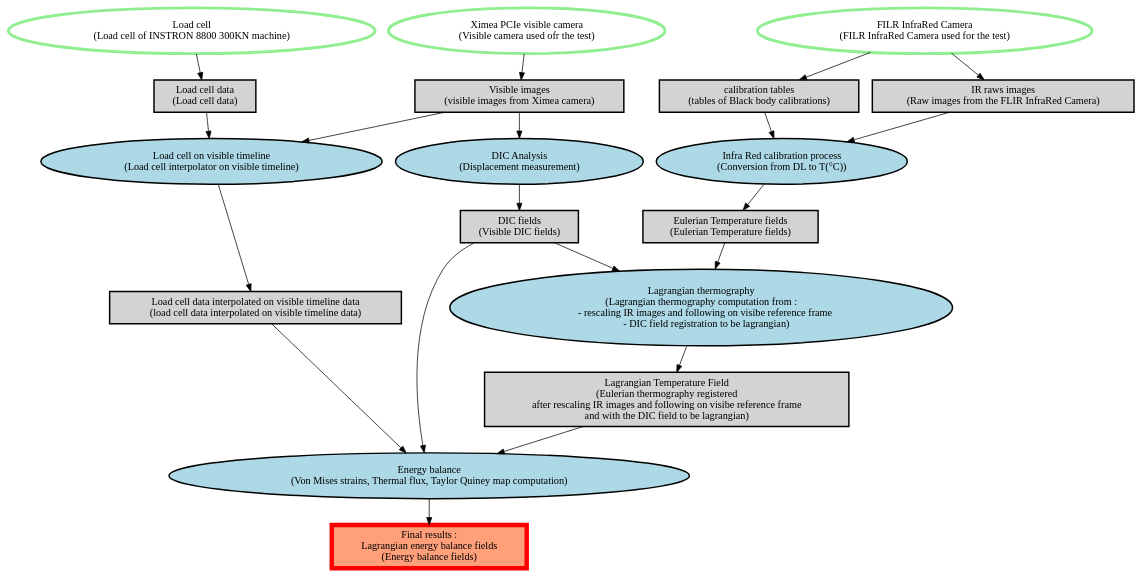
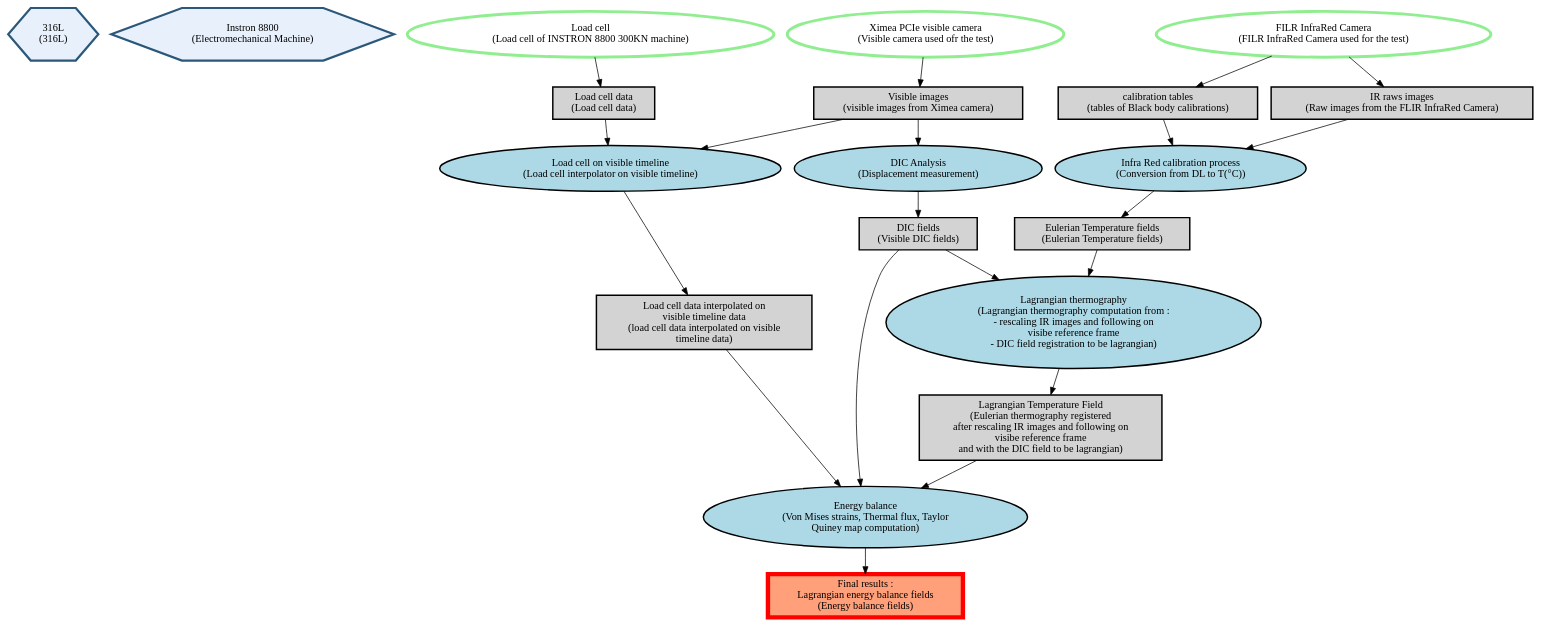
Before and after one commit to jeffwitz/R3XA_API: the diagram in examples/artifacts/baseline_qi/graph_qi.dot, drawn with Graphviz. The commit also changed 52 other files, not shown here.

Commit message:
feat(schema): complete 2026.9.8 API integration

```diff
--- a/examples/artifacts/baseline_qi/graph_qi.dot
+++ b/examples/artifacts/baseline_qi/graph_qi.dot
@@ -1,62 +1,71 @@
 // R3XA graph
 digraph {
 	node [margin="0.2,0.1"]
+	sample [label="316L
+(316L)" color="#2b587a" fillcolor="#e8f1fb" penwidth=3 shape=hexagon style=filled]
+	settings_Instron_tensile_test [label="Instron 8800
+(Electromechanical Machine)" color="#2b587a" fillcolor="#e8f1fb" penwidth=3 shape=hexagon style=filled]
 	camera_IR [label="FILR InfraRed Camera
 (FILR InfraRed Camera used for the test)" color=lightgreen fillcolor=white penwidth=4 shape=ellipse style=filled]
 	camera_visible [label="Ximea PCIe visible camera
 (Visible camera used ofr the test)" color=lightgreen fillcolor=white penwidth=4 shape=ellipse style=filled]
 	load_cell [label="Load cell
 (Load cell of INSTRON 8800 300KN machine)" color=lightgreen fillcolor=white penwidth=4 shape=ellipse style=filled]
 	load_cell_visible_timeline [label="Load cell on visible timeline
 (Load cell interpolator on visible timeline)" color=black fillcolor=lightblue penwidth=2 shape=ellipse style=filled]
 	calibration_IR [label="Infra Red calibration process
 (Conversion from DL to T(°C))" color=black fillcolor=lightblue penwidth=2 shape=ellipse style=filled]
 	dic [label="DIC Analysis
 (Displacement measurement)" color=black fillcolor=lightblue penwidth=2 shape=ellipse style=filled]
 	lagrangian_thermography [label="Lagrangian thermography
 (Lagrangian thermography computation from :
-    - rescaling IR images and following on visibe reference frame
-     - DIC field registration to be lagrangian)" color=black fillcolor=lightblue penwidth=2 shape=ellipse style=filled]
+- rescaling IR images and following on
+visibe reference frame
+- DIC field registration to be lagrangian)" color=black fillcolor=lightblue penwidth=2 shape=ellipse style=filled]
 	energy_balance [label="Energy balance
-(Von Mises strains, Thermal flux, Taylor Quiney map computation)" color=black fillcolor=lightblue penwidth=2 shape=ellipse style=filled]
+(Von Mises strains, Thermal flux, Taylor
+Quiney map computation)" color=black fillcolor=lightblue penwidth=2 shape=ellipse style=filled]
 	IR_raws [label="IR raws images
 (Raw images from the FLIR InfraRed Camera)" color=black fillcolor=lightgrey penwidth=2 shape=box style=filled]
 	calibration_tables [label="calibration tables
 (tables of Black body calibrations)" color=black fillcolor=lightgrey penwidth=2 shape=box style=filled]
 	dic_fields [label="DIC fields
 (Visible DIC fields)" color=black fillcolor=lightgrey penwidth=2 shape=box style=filled]
 	load_cell_data [label="Load cell data
 (Load cell data)" color=black fillcolor=lightgrey penwidth=2 shape=box style=filled]
 	visible_images [label="Visible images
 (visible images from Ximea camera)" color=black fillcolor=lightgrey penwidth=2 shape=box style=filled]
-	load_cell_data_interp_visible_timeline_data [label="Load cell data interpolated on visible timeline data
-(load cell data interpolated on visible timeline data)" color=black fillcolor=lightgrey penwidth=2 shape=box style=filled]
+	load_cell_data_interp_visible_timeline_data [label="Load cell data interpolated on
+visible timeline data
+(load cell data interpolated on visible
+timeline data)" color=black fillcolor=lightgrey penwidth=2 shape=box style=filled]
 	temperature_fields_eulerian [label="Eulerian Temperature fields
 (Eulerian Temperature fields)" color=black fillcolor=lightgrey penwidth=2 shape=box style=filled]
 	temperature_fields_lagrangian [label="Lagrangian Temperature Field
 (Eulerian thermography registered
-after rescaling IR images and following on visibe reference frame
+after rescaling IR images and following on
+visibe reference frame
 and with the DIC field to be lagrangian)" color=black fillcolor=lightgrey penwidth=2 shape=box style=filled]
 	energy_balance_fields [label="Final results :
 Lagrangian energy balance fields
 (Energy balance fields)" color=red fillcolor="#FFA07A" penwidth=6 shape=box style=filled]
 	load_cell_data -> load_cell_visible_timeline [color=black]
 	visible_images -> load_cell_visible_timeline [color=black]
 	IR_raws -> calibration_IR [color=black]
 	calibration_tables -> calibration_IR [color=black]
 	visible_images -> dic [color=black]
 	dic_fields -> lagrangian_thermography [color=black]
 	temperature_fields_eulerian -> lagrangian_thermography [color=black]
 	dic_fields -> energy_balance [color=black]
 	temperature_fields_lagrangian -> energy_balance [color=black]
 	load_cell_data_interp_visible_timeline_data -> energy_balance [color=black]
 	camera_IR -> IR_raws [color=black]
 	camera_IR -> calibration_tables [color=black]
 	dic -> dic_fields [color=black]
 	load_cell -> load_cell_data [color=black]
 	camera_visible -> visible_images [color=black]
 	load_cell_visible_timeline -> load_cell_data_interp_visible_timeline_data [color=black]
 	calibration_IR -> temperature_fields_eulerian [color=black]
 	lagrangian_thermography -> temperature_fields_lagrangian [color=black]
 	energy_balance -> energy_balance_fields [color=black]
 }
```
